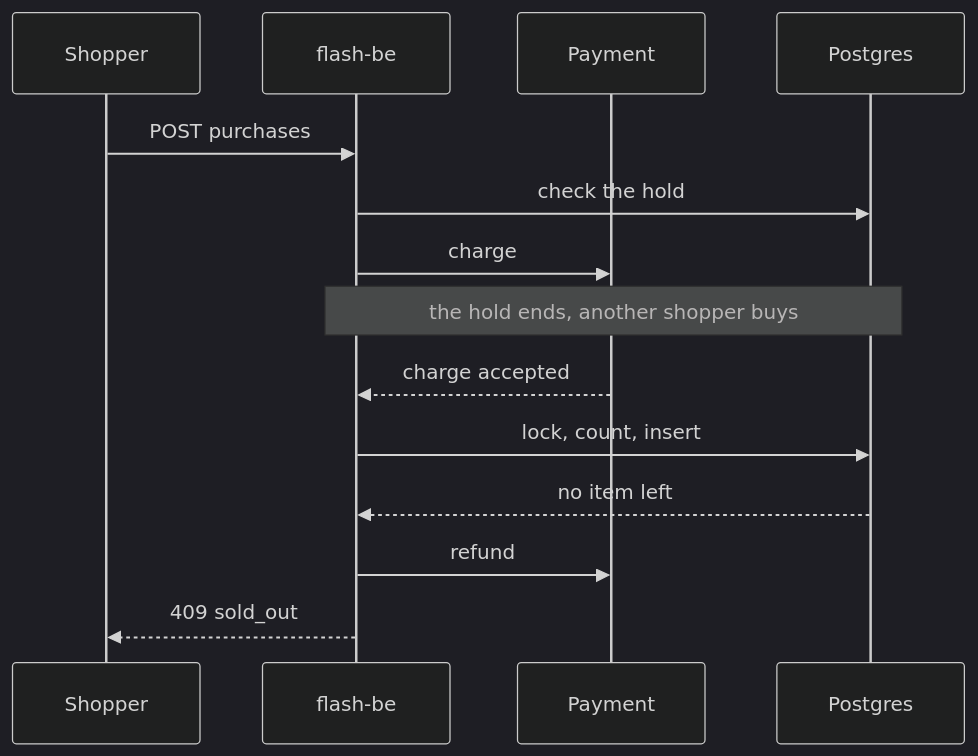
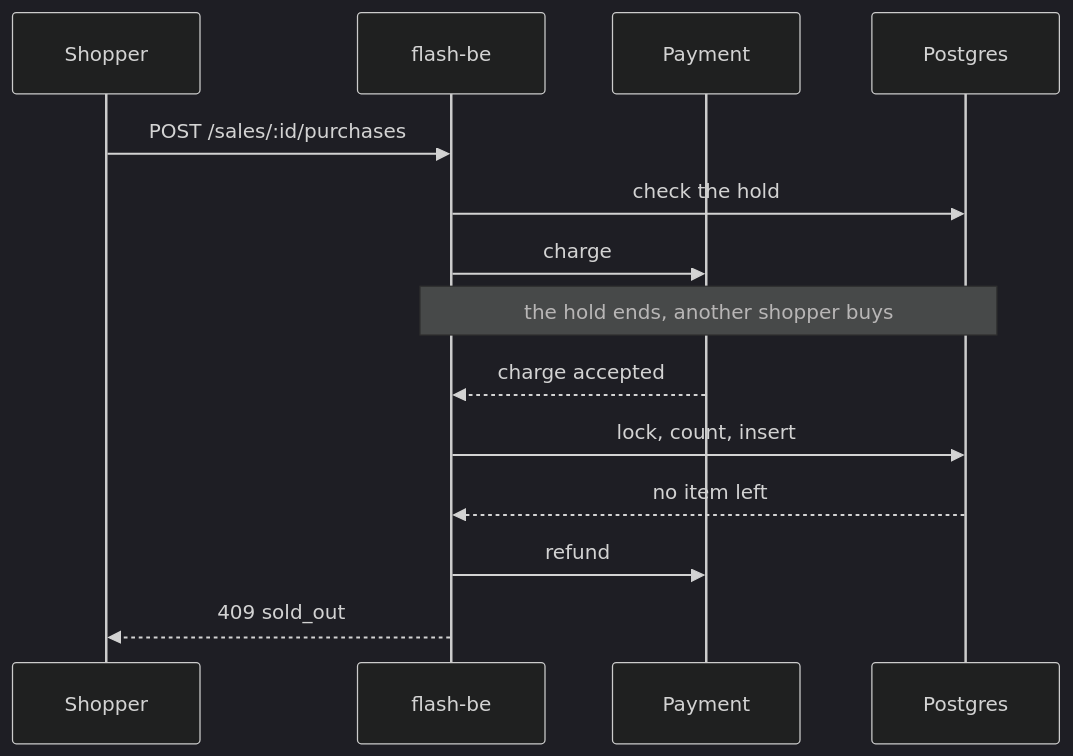
One commit to wahidyankf/coding-itv-js-flashsale changed the second of 3 diagrams in specs/apps/flash/c4/sequences.md. Above: the diagram before and after it, drawn with Mermaid (dark theme). The commit also changed other lines of this file, not shown here.

First line of the commit message:
docs: show the method and path of each shopper request in the sequences

````diff
--- a/specs/apps/flash/c4/sequences.md
+++ b/specs/apps/flash/c4/sequences.md
@@ -39,18 +40,18 @@
 ```mermaid
 sequenceDiagram
   accTitle: The hold ends during payment
   accDescr: The shopper confirms and the API charges the provider. While the charge runs, the hold ends and another shopper takes the last item. The commit sees that no item is left, so the API refunds the charge and answers sold out.
   participant S as Shopper
   participant A as flash-be
   participant Y as Payment
   participant P as Postgres
-  S->>A: POST purchases
+  S->>A: POST /sales/:id/purchases
   A->>P: check the hold
   A->>Y: charge
   Note over A,P: the hold ends, another shopper buys
   Y-->>A: charge accepted
   A->>P: lock, count, insert
   P-->>A: no item left
   A->>Y: refund
   A-->>S: 409 sold_out
 ```
````
